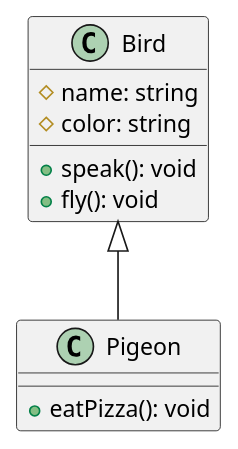
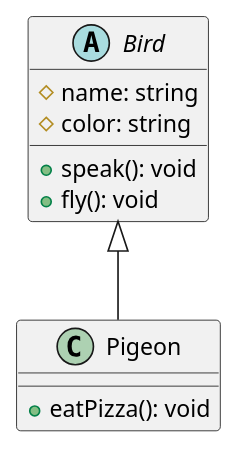
The diagram in uml/Pigeon.puml (cliveford/introduction-to-oop-project), drawn with PlantUML before and after one commit.

Commit message:
chore: Amended Pigeon uml to represent Bird as an abstract class

```diff
--- a/uml/Pigeon.puml
+++ b/uml/Pigeon.puml
@@ -1,17 +1,17 @@
 @startuml
 'https://plantuml.com/class-diagram
 
 Bird <|-- Pigeon
 
-class Bird {
+abstract class Bird {
 #name: string
 #color: string
 +speak(): void
 +fly(): void
 }
 
 class Pigeon {
 +eatPizza(): void
 }
 
 @enduml
```
